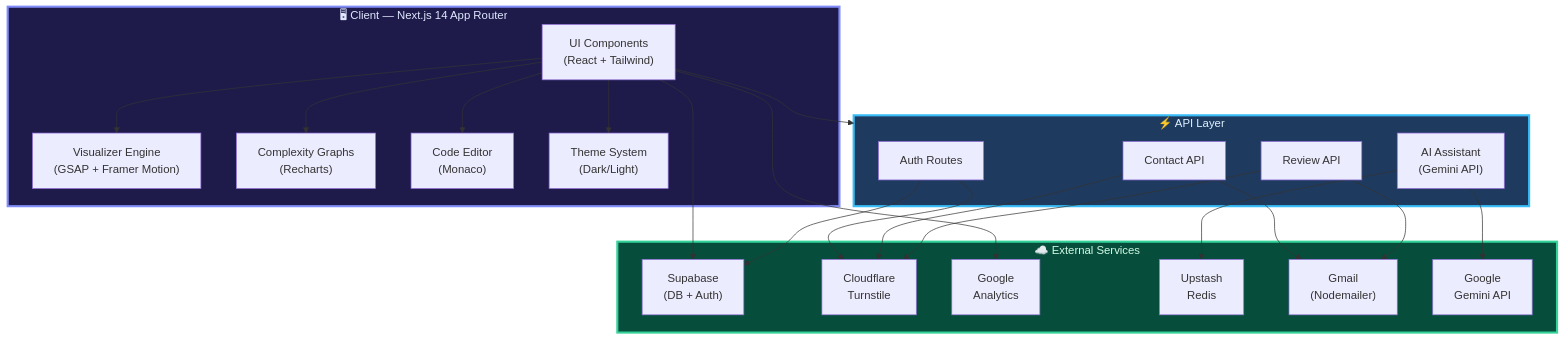
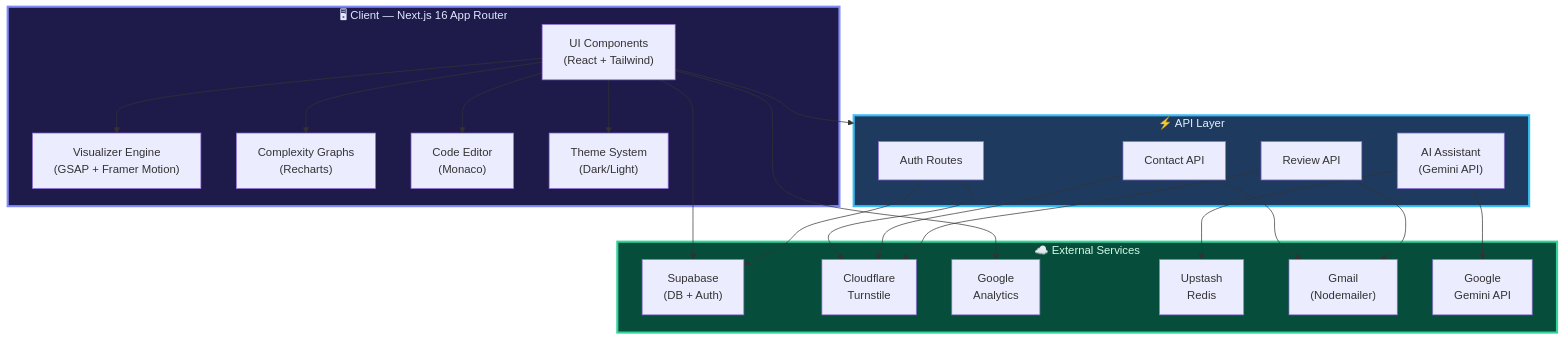
Before and after one commit to PankajSingh34/AlgoBuddy: the diagram in README.md, drawn with Mermaid. The commit also changed other lines of this file and 5 other files, not shown here.

````diff
--- a/README.md
+++ b/README.md
@@ -311,42 +311,42 @@
 ```mermaid
 graph TB
-    subgraph Client["🖥 Client — Next.js 14 App Router"]
+    subgraph Client["🖥 Client — Next.js 16 App Router"]
         UI["UI Components<br/>(React + Tailwind)"]
         VIS["Visualizer Engine<br/>(GSAP + Framer Motion)"]
         CHARTS["Complexity Graphs<br/>(Recharts)"]
         EDITOR["Code Editor<br/>(Monaco)"]
         THEME["Theme System<br/>(Dark/Light)"]
     end
     subgraph API["⚡ API Layer"]
         AUTH_API["Auth Routes"]
         CONTACT["Contact API"]
         REVIEW["Review API"]
         CHATBOT["AI Assistant<br/>(Gemini API)"]
     end
     subgraph Services["☁️ External Services"]
         SUPA["Supabase<br/>(DB + Auth)"]
         CF["Cloudflare<br/>Turnstile"]
         GA["Google<br/>Analytics"]
         REDIS["Upstash<br/>Redis"]
         MAIL["Gmail<br/>(Nodemailer)"]
         GEMINI["Google<br/>Gemini API"]
     end
     UI --> VIS
     UI --> CHARTS
     UI --> EDITOR
     UI --> THEME
     UI --> API
     UI --> SUPA
     AUTH_API --> SUPA
     AUTH_API --> CF
     CONTACT --> MAIL
     CONTACT --> CF
     REVIEW --> MAIL
     REVIEW --> CF
     CHATBOT --> REDIS
     CHATBOT --> GEMINI
     UI --> GA
     style Client fill:#1e1b4b,stroke:#818cf8,stroke-width:3px,color:#e0e7ff
     style API fill:#1e3a5f,stroke:#38bdf8,stroke-width:3px,color:#e0f2fe
     style Services fill:#064e3b,stroke:#34d399,stroke-width:3px,color:#d1fae5
 ```
````
